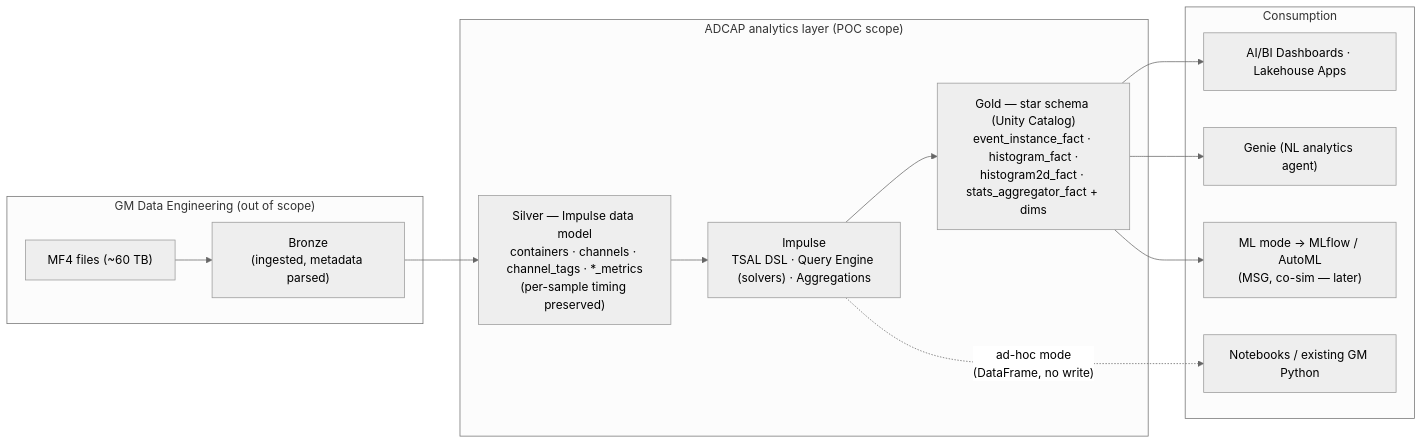
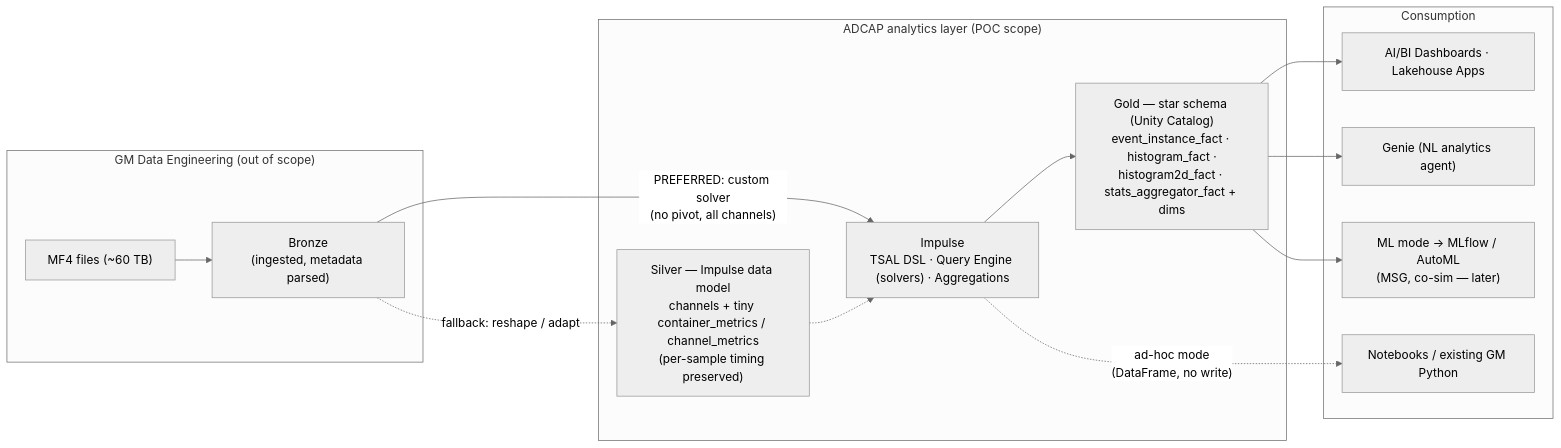
The diagram in project_input_requirements/ADCAP_POC_PROPOSAL.md (dariakrasavina/impulse_adcap), drawn with Mermaid (neutral theme) before and after one commit. The commit also changed other lines of this file and 1 other file, not shown here.

First line of the commit message:
docs: prefer connecting Impulse directly to bronze; add data-discovery asks

````diff
--- a/project_input_requirements/ADCAP_POC_PROPOSAL.md
+++ b/project_input_requirements/ADCAP_POC_PROPOSAL.md
@@ -88,19 +88,20 @@
 ```mermaid
 flowchart LR
     subgraph GM_DE["GM Data Engineering (out of scope)"]
         MF4["MF4 files (~60 TB)"] --> BRZ["Bronze<br/>(ingested, metadata parsed)"]
     end
 
     subgraph ADCAP["ADCAP analytics layer (POC scope)"]
-        BRZ --> SLV["Silver — Impulse data model<br/>containers · channels · channel_tags · *_metrics<br/>(per-sample timing preserved)"]
-        SLV --> IMP["Impulse<br/>TSAL DSL · Query Engine (solvers) · Aggregations"]
+        BRZ -->|"PREFERRED: custom solver<br/>(no pivot, all channels)"| IMP["Impulse<br/>TSAL DSL · Query Engine (solvers) · Aggregations"]
+        BRZ -.->|"fallback: reshape / adapt"| SLV["Silver — Impulse data model<br/>channels + tiny container_metrics / channel_metrics<br/>(per-sample timing preserved)"]
+        SLV -.-> IMP
         IMP --> GOLD["Gold — star schema (Unity Catalog)<br/>event_instance_fact · histogram_fact ·<br/>histogram2d_fact · stats_aggregator_fact + dims"]
     end
 
     subgraph CONSUME["Consumption"]
         GOLD --> DASH["AI/BI Dashboards · Lakehouse Apps"]
         GOLD --> GENIE["Genie (NL analytics agent)"]
         IMP -. "ad-hoc mode<br/>(DataFrame, no write)" .-> NB["Notebooks / existing GM Python"]
         GOLD --> ML["ML mode → MLflow / AutoML<br/>(MSG, co-sim — later)"]
     end
 ```
````
